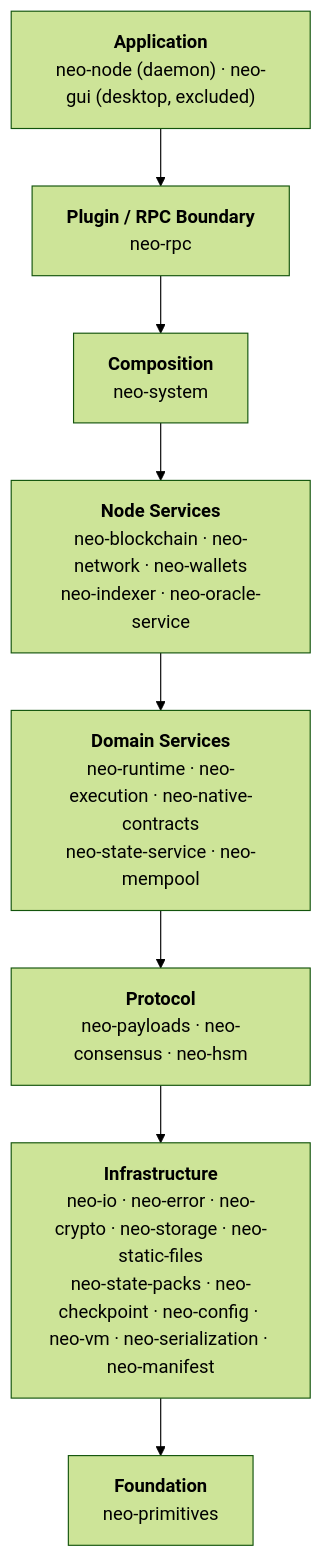
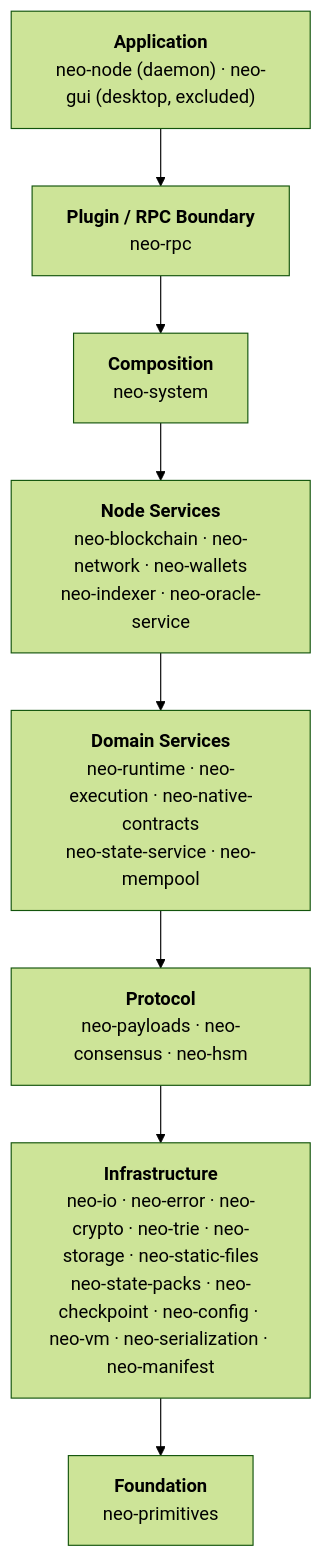
The diagram in README.md (r3e-network/neo-rs), drawn with Mermaid (forest theme) before and after one commit. The commit also changed other lines of this file and 704 other files, not shown here.

First line of the commit message:
refactor: converge node architecture and correctness boundaries

````diff
--- a/README.md
+++ b/README.md
@@ -62,12 +62,12 @@
 ```mermaid
 flowchart TD
     APP["<b>Application</b><br/>neo-node (daemon) · neo-gui (desktop, excluded)"]
     PLUG["<b>Plugin / RPC Boundary</b><br/>neo-rpc"]
     COMP["<b>Composition</b><br/>neo-system"]
     NODE["<b>Node Services</b><br/>neo-blockchain · neo-network · neo-wallets<br/>neo-indexer · neo-oracle-service"]
     DOM["<b>Domain Services</b><br/>neo-runtime · neo-execution · neo-native-contracts<br/>neo-state-service · neo-mempool"]
     PROTO["<b>Protocol</b><br/>neo-payloads · neo-consensus · neo-hsm"]
-    INF["<b>Infrastructure</b><br/>neo-io · neo-error · neo-crypto · neo-storage · neo-static-files<br/>neo-state-packs · neo-checkpoint · neo-config · neo-vm · neo-serialization · neo-manifest"]
+    INF["<b>Infrastructure</b><br/>neo-io · neo-error · neo-crypto · neo-trie · neo-storage · neo-static-files<br/>neo-state-packs · neo-checkpoint · neo-config · neo-vm · neo-serialization · neo-manifest"]
     FND["<b>Foundation</b><br/>neo-primitives"]
     APP --> PLUG --> COMP --> NODE --> DOM --> PROTO --> INF --> FND
 ```
````
